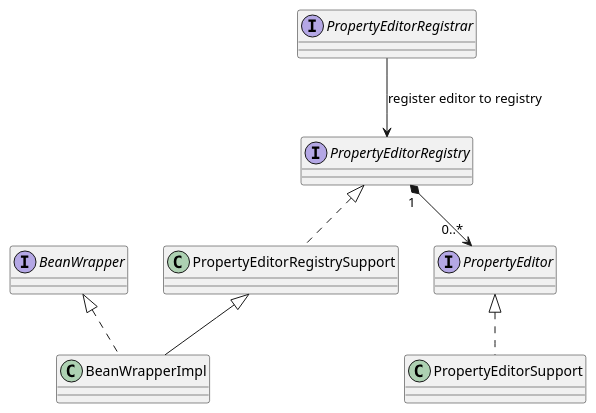
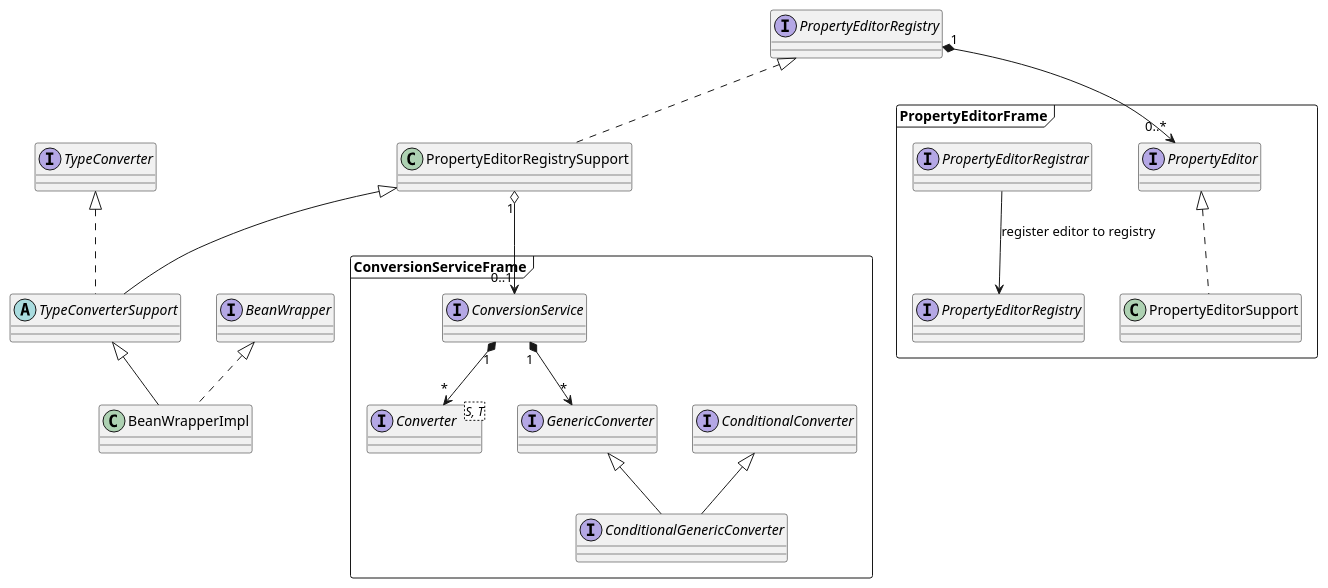
One commit to xiayy860612/study-resource changed the diagram in spring-study/conversion/docs/design.puml. Above: the diagram before and after it, drawn with PlantUML. The commit also changed 8 other files, not shown here.

Commit message:
add spring conversion service

```diff
--- a/spring-study/conversion/docs/design.puml
+++ b/spring-study/conversion/docs/design.puml
@@ -1,14 +1,33 @@
 @startuml ""
+
+frame PropertyEditorFrame {
 interface PropertyEditor
 class PropertyEditorSupport implements PropertyEditor
 
 interface PropertyEditorRegistrar
 interface PropertyEditorRegistry
 PropertyEditorRegistrar --> PropertyEditorRegistry: register editor to registry
+}
+
+frame ConversionServiceFrame {
+interface Converter<S, T>
+
+interface ConditionalConverter
+interface GenericConverter
+interface ConditionalGenericConverter extends GenericConverter, ConditionalConverter
+
+interface ConversionService
+ConversionService "1" *--> "*" Converter
+ConversionService "1" *--> "*" GenericConverter
+}
 
 class PropertyEditorRegistrySupport implements PropertyEditorRegistry
 PropertyEditorRegistry "1" *--> "0..*" PropertyEditor
+PropertyEditorRegistrySupport "1" o--> "0..1" ConversionService
 
-class BeanWrapperImpl extends PropertyEditorRegistrySupport implements BeanWrapper
+interface TypeConverter
+abstract class TypeConverterSupport extends PropertyEditorRegistrySupport implements TypeConverter
+
+class BeanWrapperImpl extends TypeConverterSupport implements BeanWrapper
 
 @enduml
```
